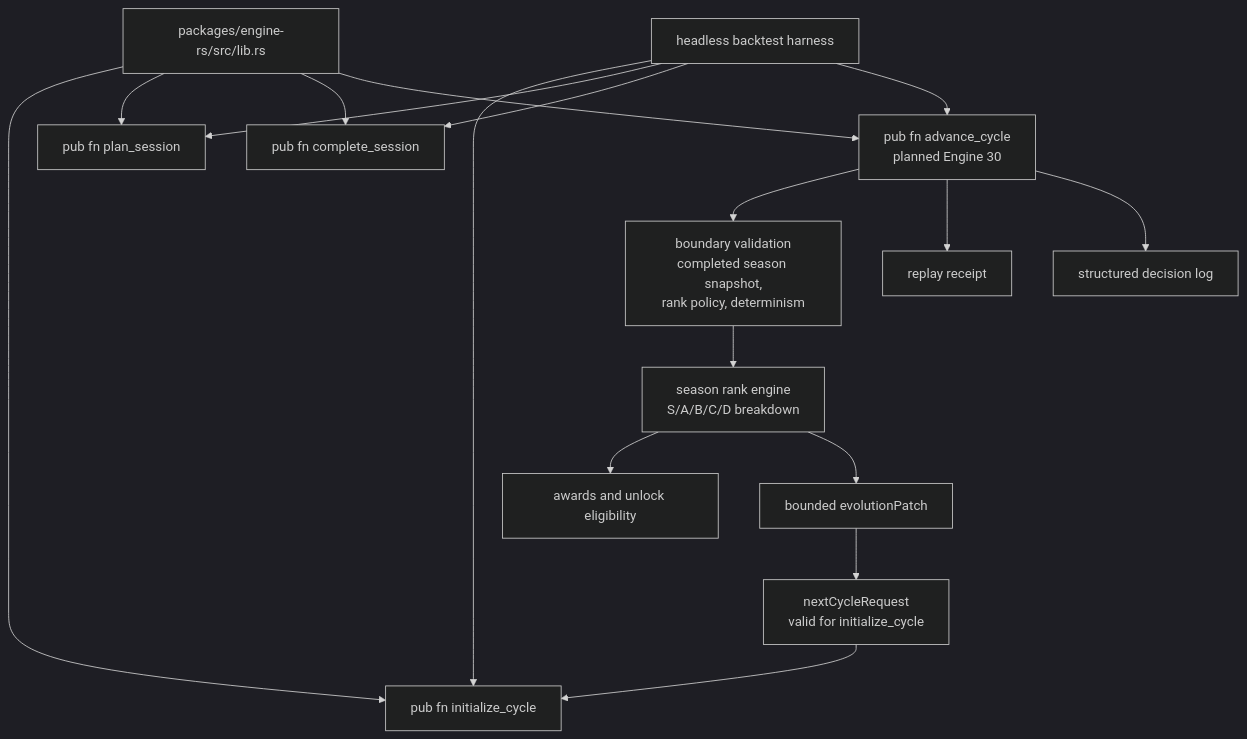
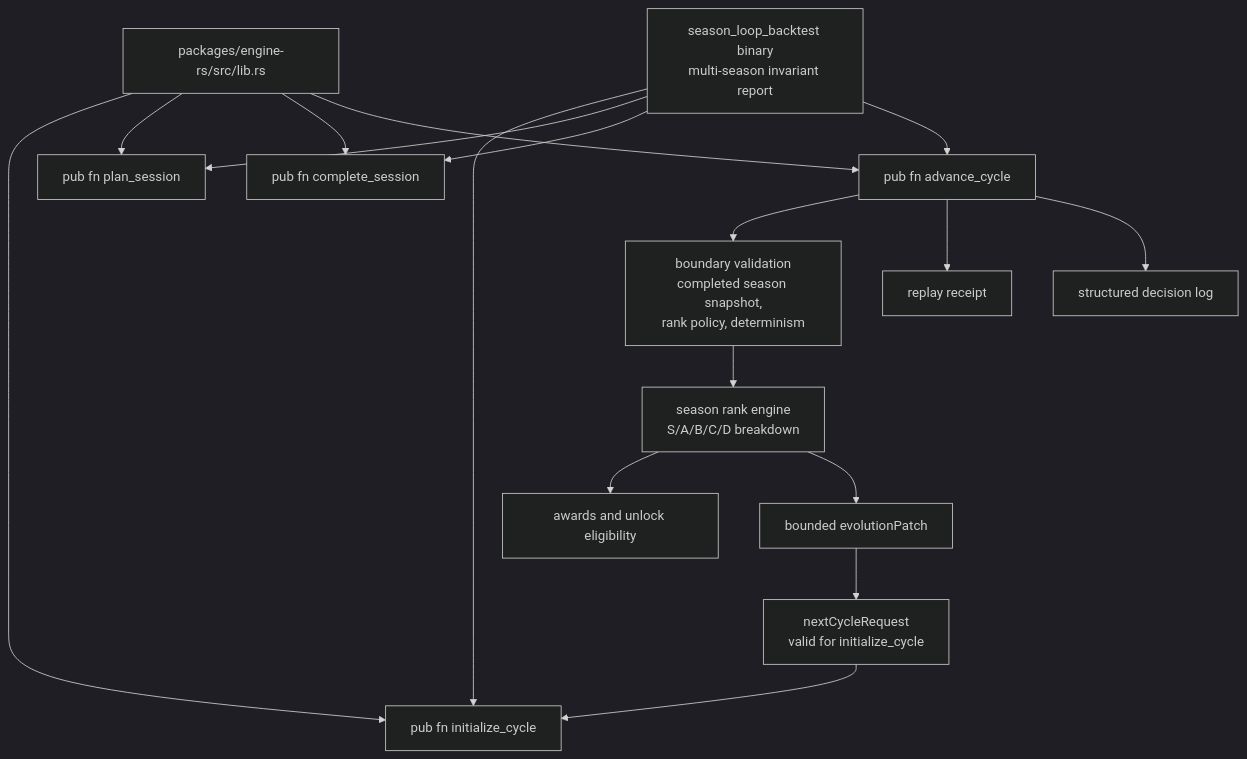
The third of 3 diagrams in docs/mermaid/engine-function-map.md (manjuyod/adaptabuddy_v2), drawn with Mermaid (dark theme) before and after one commit. The commit also changed other lines of this file and 6 other files, not shown here.

Commit message:
mermaid update

````diff
--- a/docs/mermaid/engine-function-map.md
+++ b/docs/mermaid/engine-function-map.md
@@ -69,22 +79,22 @@
 ```mermaid
 flowchart TB
   Public["packages/engine-rs/src/lib.rs"]
   Public --> PublicInitialize["pub fn initialize_cycle"]
   Public --> PublicPlan["pub fn plan_session"]
   Public --> PublicComplete["pub fn complete_session"]
-  Public --> PublicAdvance["pub fn advance_cycle<br/>planned Engine 30"]
+  Public --> PublicAdvance["pub fn advance_cycle"]
 
   PublicAdvance --> AdvanceBoundary["boundary validation<br/>completed season snapshot,<br/>rank policy, determinism"]
   AdvanceBoundary --> SeasonRank["season rank engine<br/>S/A/B/C/D breakdown"]
   SeasonRank --> Awards["awards and unlock eligibility"]
   SeasonRank --> Evolution["bounded evolutionPatch"]
   Evolution --> NextCycle["nextCycleRequest<br/>valid for initialize_cycle"]
   PublicAdvance --> ReplayReceipt["replay receipt"]
   PublicAdvance --> DecisionLog["structured decision log"]
 
-  Harness["headless backtest harness"] --> PublicInitialize
+  Harness["season_loop_backtest binary<br/>multi-season invariant report"] --> PublicInitialize
   Harness --> PublicPlan
   Harness --> PublicComplete
   Harness --> PublicAdvance
   NextCycle --> PublicInitialize
 ```
````
